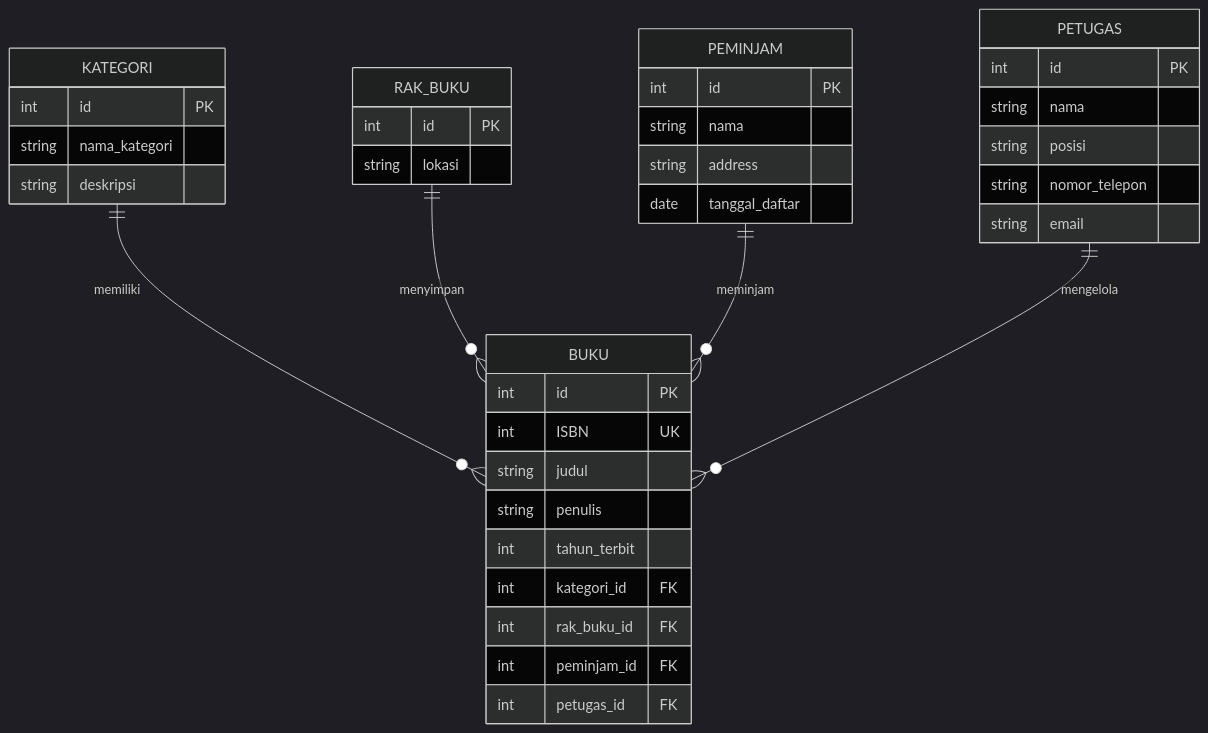
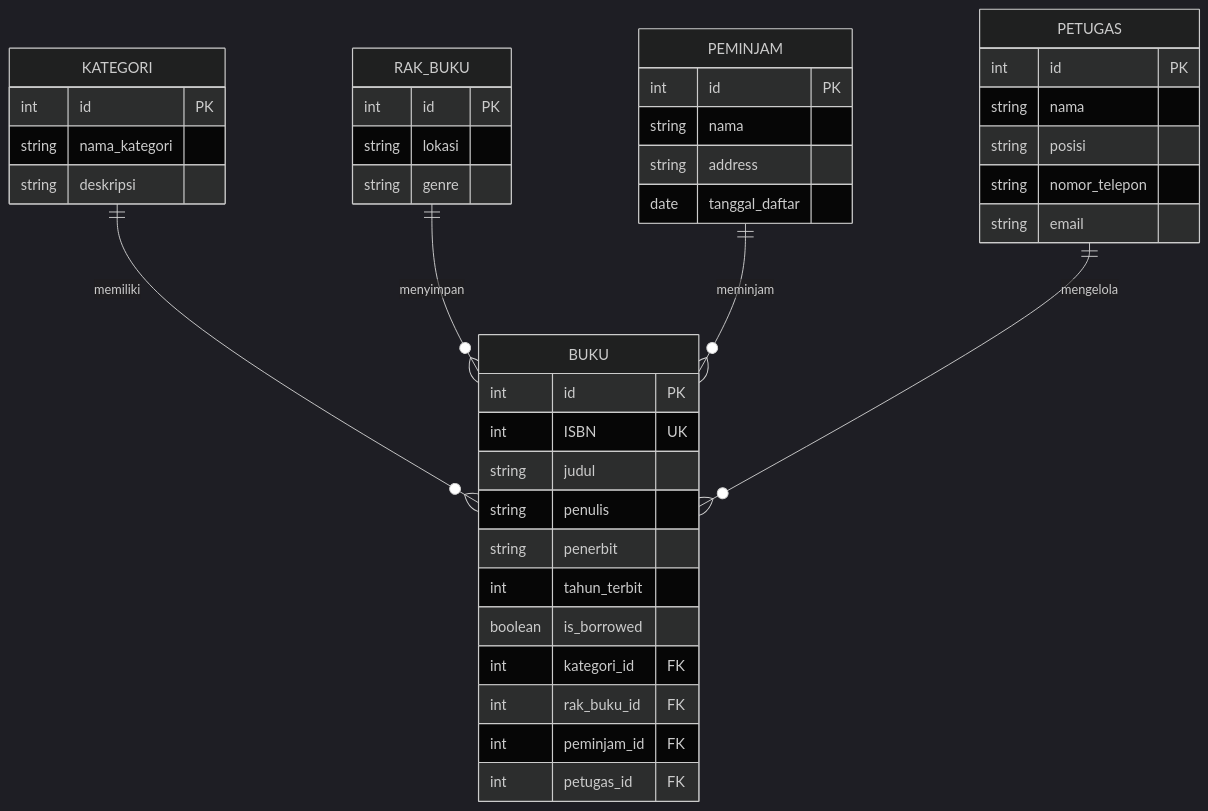
Before and after one commit to makarim22/koda-b6-db1: the diagram in README.MD, drawn with Mermaid (dark theme).

Commit message:
fix : add fields to book entity

````diff
--- a/README.MD
+++ b/README.MD
@@ -1,46 +1,49 @@
 ``` mermaid
 erDiagram
      KATEGORI ||--o{ BUKU : memiliki
     RAK_BUKU ||--o{ BUKU : menyimpan
     PEMINJAM ||--o{ BUKU : meminjam
     PETUGAS ||--o{ BUKU : mengelola
 
 BUKU {
     int id PK
     int ISBN UK
     string judul
     string penulis
+    string penerbit
     int tahun_terbit
+    boolean is_borrowed
     int kategori_id FK
     int rak_buku_id FK
     int peminjam_id FK
     int petugas_id FK
 }
 
 KATEGORI {
     int id PK
     string nama_kategori
     string deskripsi
 }
 
 RAK_BUKU {
     int id PK
     string lokasi
+    string genre
 }
 
 PEMINJAM {
  int id PK
  string nama
  string address
  date tanggal_daftar
 
 }
 
 PETUGAS {
  int id PK
  string nama
  string posisi
  string nomor_telepon
  string email
 }
 ```
````
